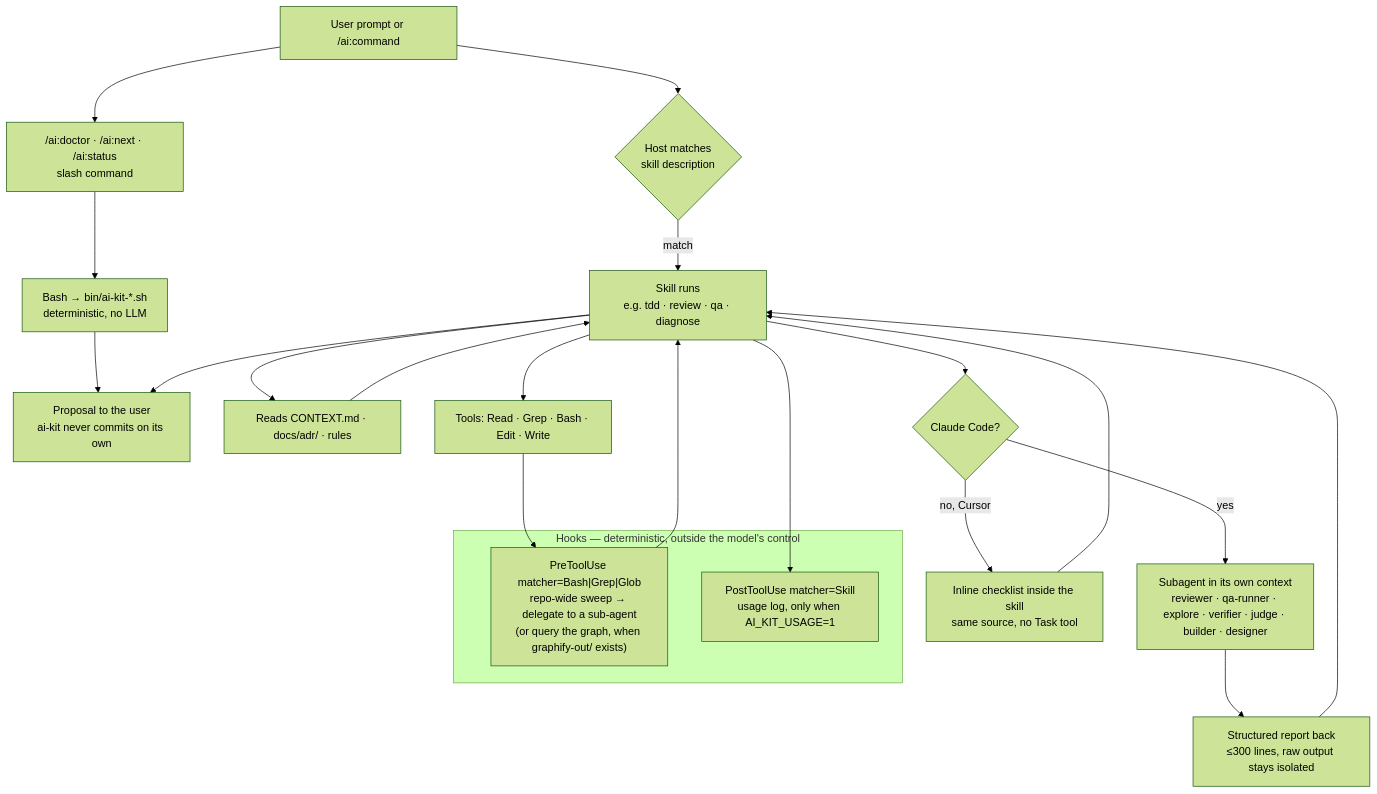
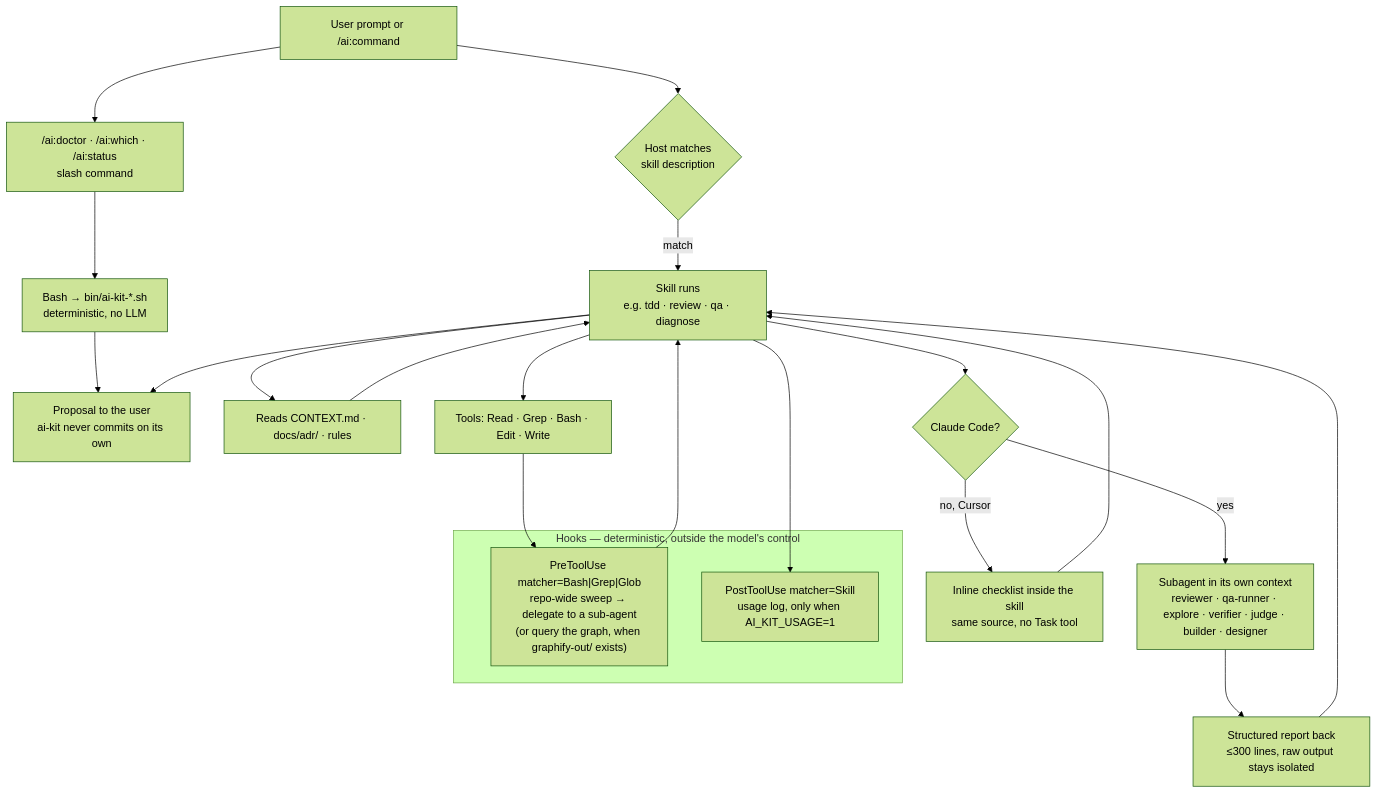
One commit to yusufkaracaburun/ai-kit changed the second of 2 diagrams in docs/diagrams.md. Above: the diagram before and after it, drawn with Mermaid (forest theme). The commit also changed other lines of this file and 34 other files, not shown here.

````diff
--- a/docs/diagrams.md
+++ b/docs/diagrams.md
@@ -60,35 +60,35 @@
 ```mermaid
 flowchart TD
   U["User prompt or /ai:command"]
 
   U --> SEL{"Host matches<br/>skill description"}
-  U --> CMD["/ai:doctor · /ai:next · /ai:status<br/>slash command"]
+  U --> CMD["/ai:doctor · /ai:which · /ai:status<br/>slash command"]
 
   SEL -->|match| SK["Skill runs<br/>e.g. tdd · review · qa · diagnose"]
   CMD --> BIN["Bash → bin/ai-kit-*.sh<br/>deterministic, no LLM"]
   BIN --> OUT
 
   SK --> CTX["Reads CONTEXT.md · docs/adr/ · rules"]
   CTX --> SK
 
   SK --> TOOL["Tools: Read · Grep · Bash · Edit · Write"]
   SK --> DEL{"Claude Code?"}
 
   DEL -->|yes| SUB["Subagent in its own context<br/>reviewer · qa-runner · explore · verifier · judge · builder · designer"]
   DEL -->|no, Cursor| INL["Inline checklist inside the skill<br/>same source, no Task tool"]
 
   SUB --> REP["Structured report back<br/>≤300 lines, raw output stays isolated"]
   REP --> SK
   INL --> SK
 
   TOOL --> HK1
   SK --> HK2
 
   subgraph HOOKS["Hooks — deterministic, outside the model's control"]
     HK1["PreToolUse matcher=Bash|Grep|Glob<br/>repo-wide sweep → delegate to a sub-agent<br/>(or query the graph, when graphify-out/ exists)"]
     HK2["PostToolUse matcher=Skill<br/>usage log, only when AI_KIT_USAGE=1"]
   end
 
   HK1 --> SK
   SK --> OUT["Proposal to the user<br/>ai-kit never commits on its own"]
 ```
````
